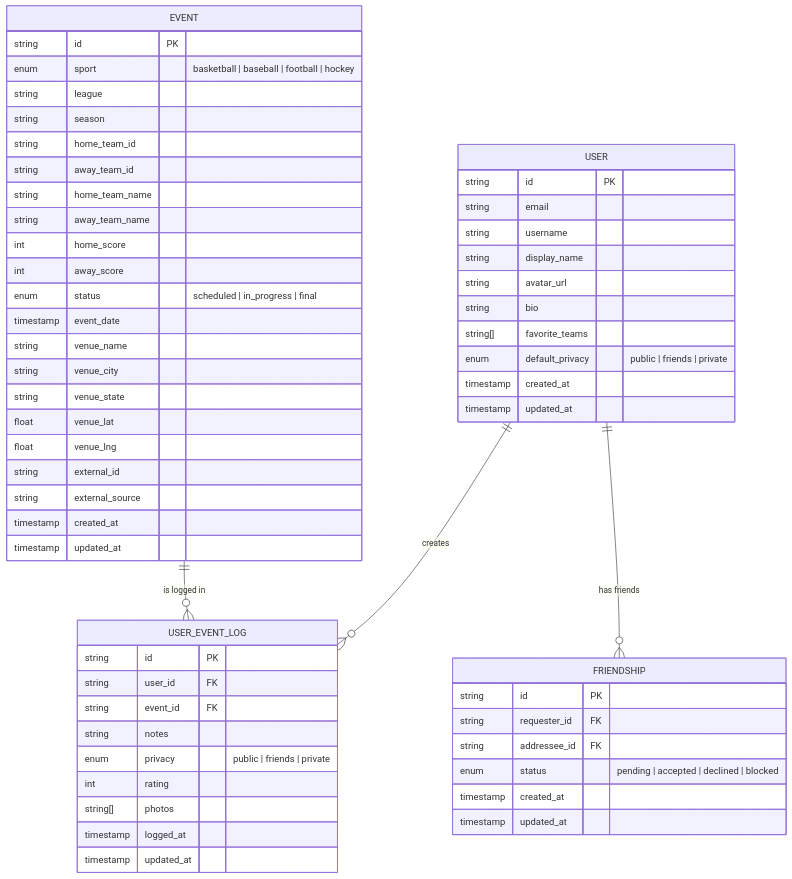
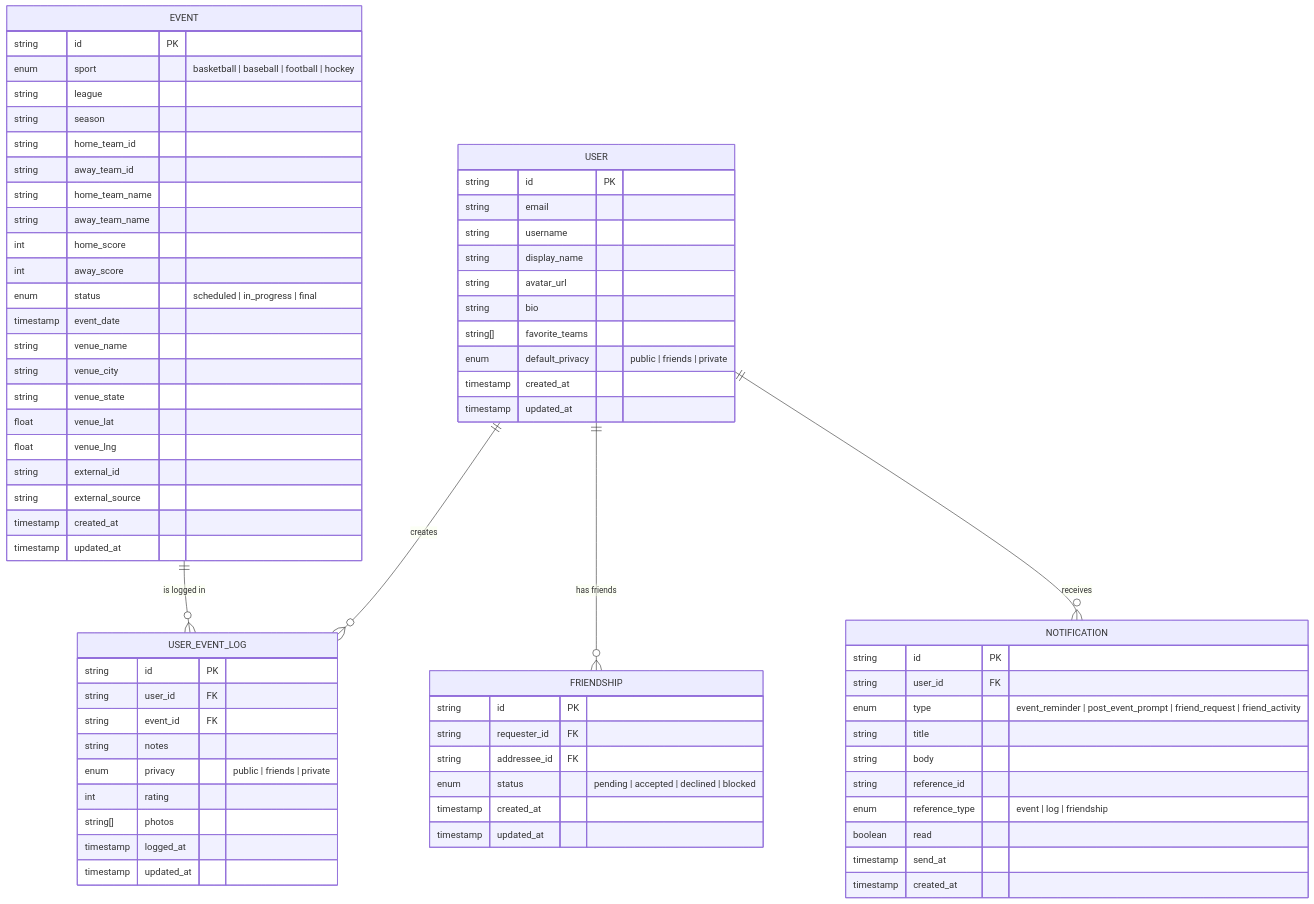
The diagram in docs/DATA_MODELS.md (jonahr4/LogIt), drawn with Mermaid before and after one commit. The commit also changed other lines of this file and 8 other files, not shown here.

````diff
--- a/docs/DATA_MODELS.md
+++ b/docs/DATA_MODELS.md
@@ -16,60 +16,73 @@
 ```mermaid
 erDiagram
     USER ||--o{ USER_EVENT_LOG : creates
     EVENT ||--o{ USER_EVENT_LOG : "is logged in"
     USER ||--o{ FRIENDSHIP : "has friends"
+    USER ||--o{ NOTIFICATION : receives
     USER {
         string id PK
         string email
         string username
         string display_name
         string avatar_url
         string bio
         string[] favorite_teams
         enum default_privacy "public | friends | private"
         timestamp created_at
         timestamp updated_at
     }
     EVENT {
         string id PK
         enum sport "basketball | baseball | football | hockey"
         string league
         string season
         string home_team_id
         string away_team_id
         string home_team_name
         string away_team_name
         int home_score
         int away_score
         enum status "scheduled | in_progress | final"
         timestamp event_date
         string venue_name
         string venue_city
         string venue_state
         float venue_lat
         float venue_lng
         string external_id
         string external_source
         timestamp created_at
         timestamp updated_at
     }
     USER_EVENT_LOG {
         string id PK
         string user_id FK
         string event_id FK
         string notes
         enum privacy "public | friends | private"
         int rating
         string[] photos
         timestamp logged_at
         timestamp updated_at
     }
     FRIENDSHIP {
         string id PK
         string requester_id FK
         string addressee_id FK
         enum status "pending | accepted | declined | blocked"
         timestamp created_at
         timestamp updated_at
     }
+    NOTIFICATION {
+        string id PK
+        string user_id FK
+        enum type "event_reminder | post_event_prompt | friend_request | friend_activity"
+        string title
+        string body
+        string reference_id
+        enum reference_type "event | log | friendship"
+        boolean read
+        timestamp send_at
+        timestamp created_at
+    }
 ```
````
